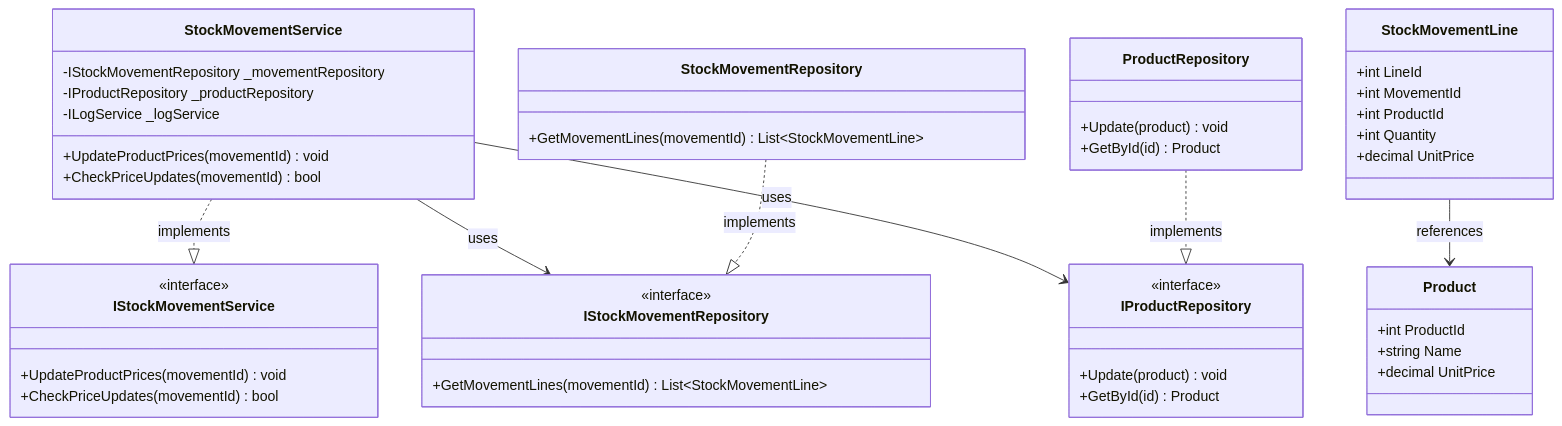
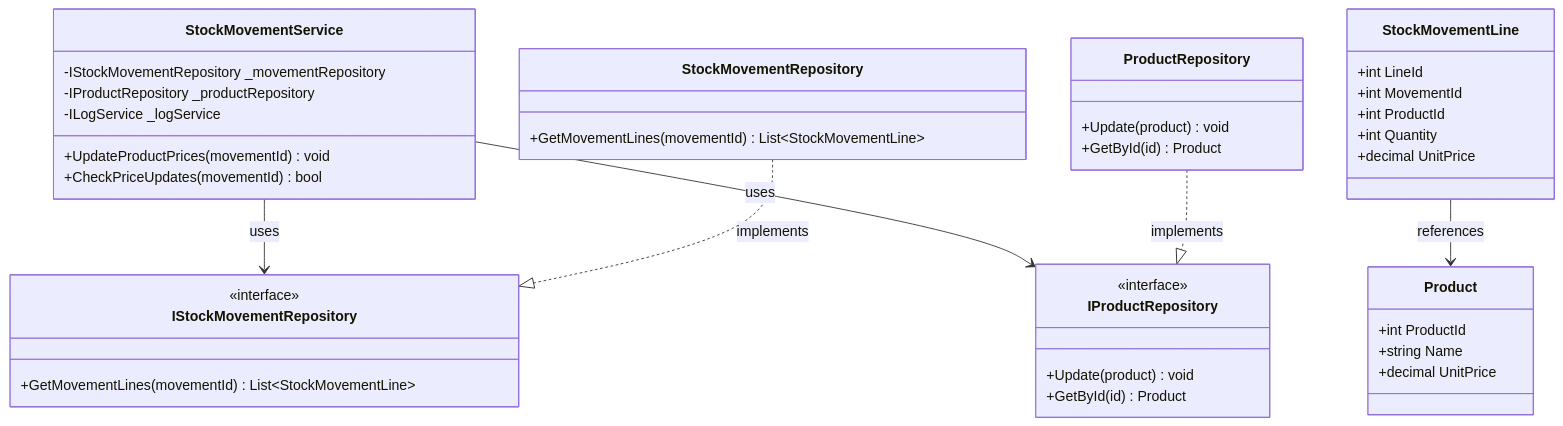
Before and after one commit to nahuk86/tp_diploma_nk_2026: diagram 13 of 16 in Documentation/UML_Diagrams/14_Movements_UseCases.md, drawn with Mermaid. The commit also changed other lines of this file and 5 other files, not shown here.

First line of the commit message:
Fix UML documentation: remove non-existent BLL service interfaces

````diff
--- a/Documentation/UML_Diagrams/14_Movements_UseCases.md
+++ b/Documentation/UML_Diagrams/14_Movements_UseCases.md
@@ -541,57 +504,51 @@
 ```mermaid
 classDiagram
     class StockMovementService {
         -IStockMovementRepository _movementRepository
         -IProductRepository _productRepository
         -ILogService _logService
         +UpdateProductPrices(movementId) void
         +CheckPriceUpdates(movementId) bool
     }
 
-    class IStockMovementService {
-        <<interface>>
-        +UpdateProductPrices(movementId) void
-        +CheckPriceUpdates(movementId) bool
-    }
 
     class IStockMovementRepository {
         <<interface>>
         +GetMovementLines(movementId) List~StockMovementLine~
     }
 
     class IProductRepository {
         <<interface>>
         +Update(product) void
         +GetById(id) Product
     }
 
     class StockMovementRepository {
         +GetMovementLines(movementId) List~StockMovementLine~
     }
 
     class ProductRepository {
         +Update(product) void
         +GetById(id) Product
     }
 
     class StockMovementLine {
         +int LineId
         +int MovementId
         +int ProductId
         +int Quantity
         +decimal UnitPrice
     }
 
     class Product {
         +int ProductId
         +string Name
         +decimal UnitPrice
     }
 
-    StockMovementService ..|> IStockMovementService : implements
     StockMovementService --> IStockMovementRepository : uses
     StockMovementService --> IProductRepository : uses
     StockMovementRepository ..|> IStockMovementRepository : implements
     ProductRepository ..|> IProductRepository : implements
     StockMovementLine --> Product : references
 ```
````
